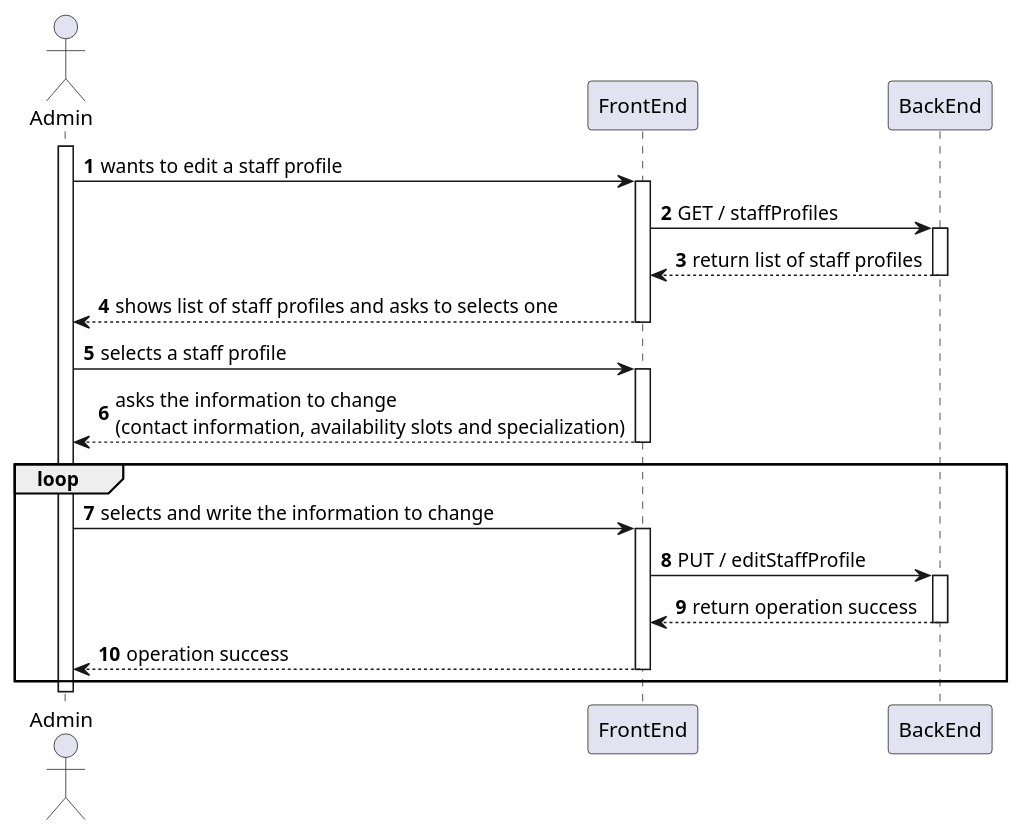
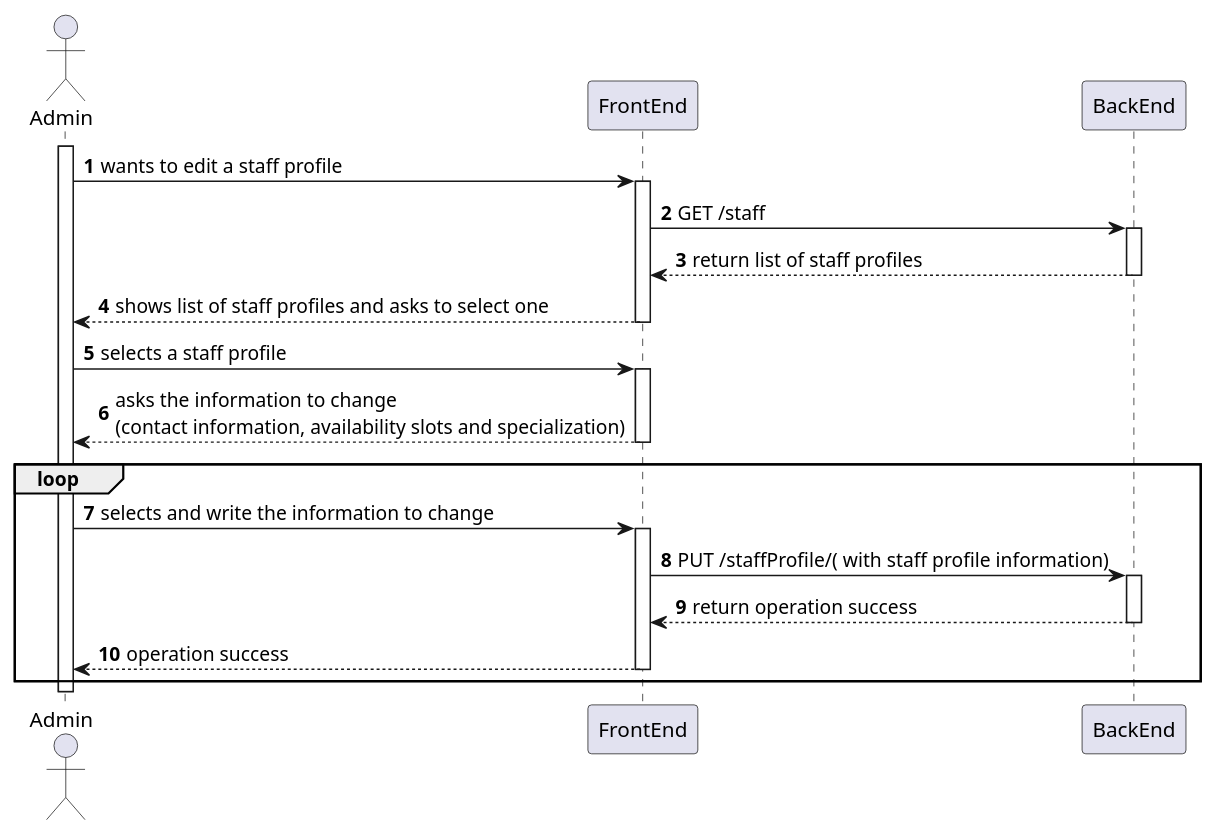
The diagram in docs/SprintA/22-edit-staff's-profile/level2/process-view.puml (MiguelCardoso77/SurgicalSync-BackEnd), drawn with PlantUML before and after one commit. The commit also changed 10 other files, not shown here.

```diff
--- a/docs/SprintA/22-edit-staff's-profile/level2/process-view.puml
+++ b/docs/SprintA/22-edit-staff's-profile/level2/process-view.puml
@@ -1,44 +1,44 @@
 @startuml
 autonumber
 
 actor "Admin" as USER
 
 participant "FrontEnd" as FE
 participant "BackEnd" as BE
 
 activate USER
 
     USER -> FE : wants to edit a staff profile 
     activate FE
     
-    FE -> BE : GET / staffProfiles
+    FE -> BE : GET /staff
     activate BE
     
     BE --> FE : return list of staff profiles 
     deactivate BE
     
-    FE --> USER : shows list of staff profiles and asks to selects one
+    FE --> USER : shows list of staff profiles and asks to select one
     deactivate FE
 
     USER -> FE : selects a staff profile 
     activate FE
     
     FE --> USER : asks the information to change  \n(contact information, availability slots and specialization)
     deactivate FE
     
     loop  
     USER -> FE : selects and write the information to change
     activate FE
     
-    FE -> BE : PUT / editStaffProfile
+    FE -> BE : PUT /staffProfile/( with staff profile information)
     activate BE
     
     BE --> FE : return operation success
     deactivate BE
     
     FE --> USER: operation success
     deactivate FE
     end 
 deactivate USER
 
 @enduml
```
